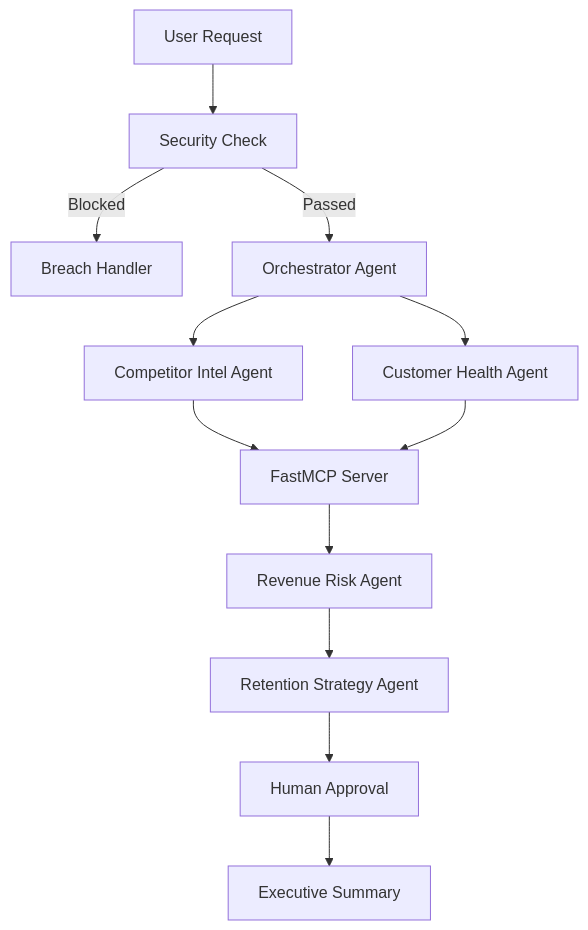
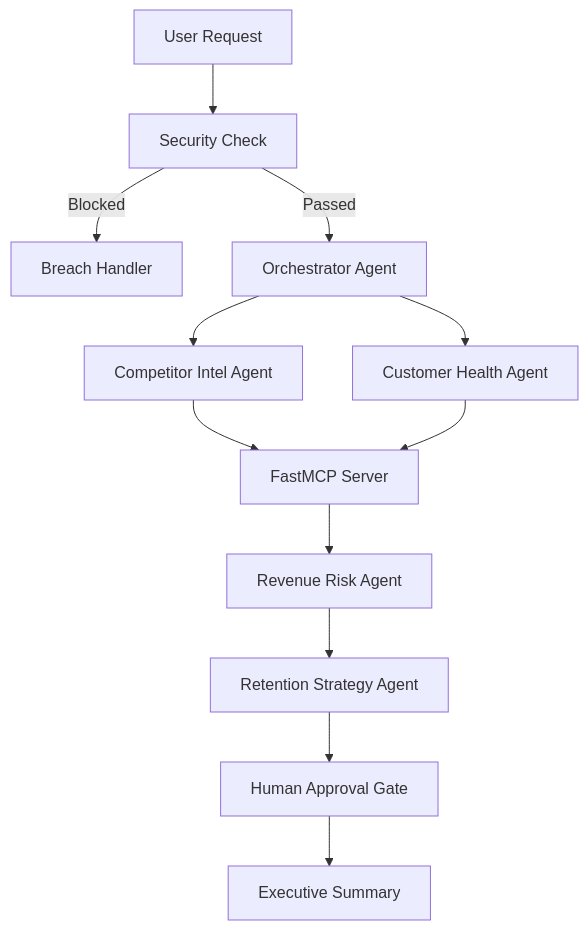
One commit to reshmanth-sai/revenueguard changed the diagram in README.md. Above: the diagram before and after it, drawn with Mermaid. The commit also changed other lines of this file and 1 other file, not shown here.

Commit message:
docs: rename Human Approval to Human Approval Gate in diagrams and flows

````diff
--- a/README.md
+++ b/README.md
@@ -44,24 +44,24 @@
 ```mermaid
 graph TD
     START[User Request] --> SECURITY[Security Check]
 
     SECURITY -->|Blocked| BREACH[Breach Handler]
 
     SECURITY -->|Passed| ORCH[Orchestrator Agent]
 
     ORCH --> COMP[Competitor Intel Agent]
 
     ORCH --> HEALTH[Customer Health Agent]
 
     COMP --> MCP[FastMCP Server]
 
     HEALTH --> MCP
 
     MCP --> RISK[Revenue Risk Agent]
 
     RISK --> STRATEGY[Retention Strategy Agent]
 
-    STRATEGY --> HITL[Human Approval]
+    STRATEGY --> HITL[Human Approval Gate]
 
     HITL --> SUMMARY[Executive Summary]
 ```
````
